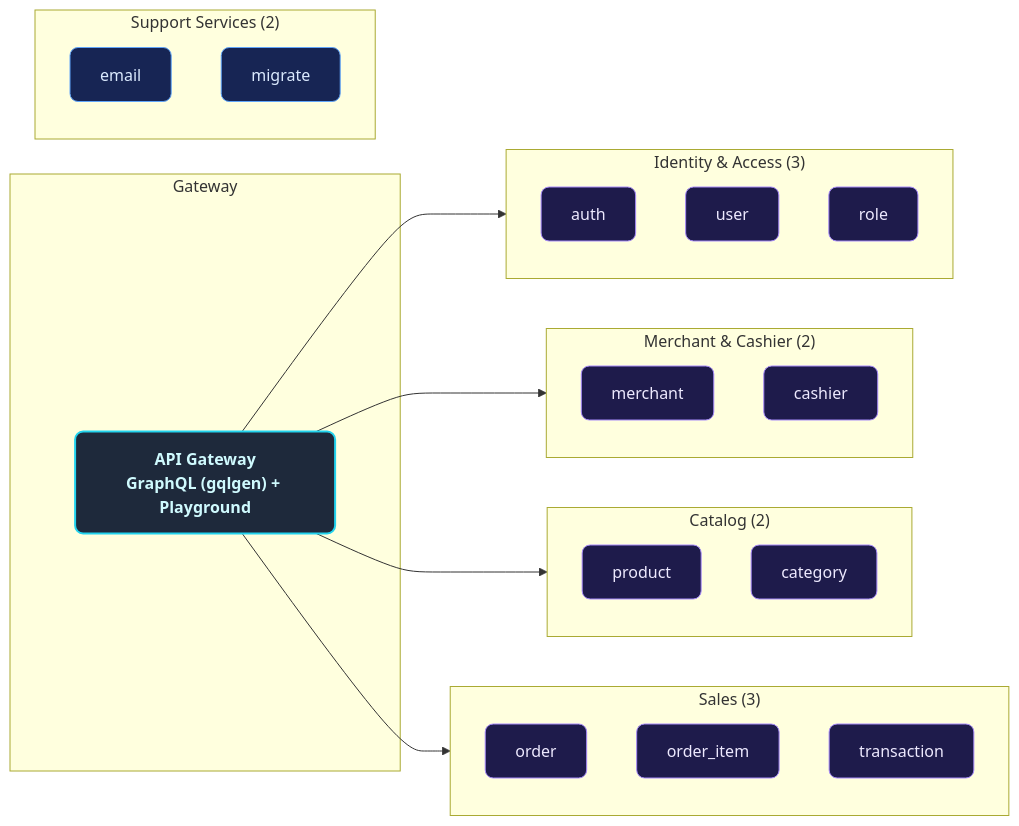
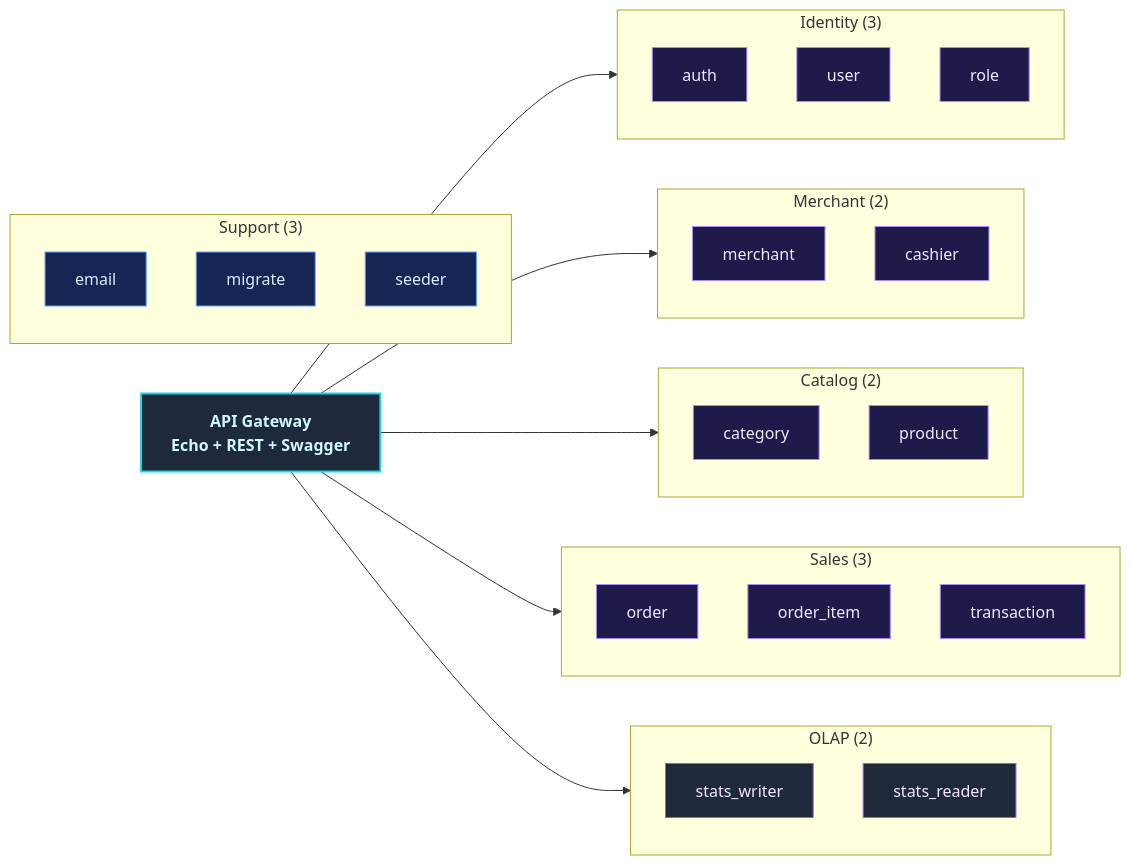
One commit to MamangRust/microservice-pointofsale-gorm-graphql changed the second of 13 diagrams in README.md. Above: the diagram before and after it, drawn with Mermaid. The commit also changed other lines of this file and 363 other files, not shown here.

````diff
--- a/README.md
+++ b/README.md
@@ -137,42 +242,48 @@
 ```mermaid
 graph LR
-    classDef svc fill:#1e1b4b,stroke:#a78bfa,color:#ede9fe,stroke-width:1px,rx:8
-    classDef gw fill:#1e293b,stroke:#22d3ee,color:#cffafe,stroke-width:2px,rx:8,font-weight:bold
-    classDef support fill:#172554,stroke:#60a5fa,color:#dbeafe,stroke-width:1px,rx:8
+    classDef svc fill:#1e1b4b,stroke:#a78bfa,color:#ede9fe,stroke-width:1px
+    classDef gw fill:#1e293b,stroke:#22d3ee,color:#cffafe,stroke-width:2px,font-weight:bold
+    classDef support fill:#172554,stroke:#60a5fa,color:#dbeafe,stroke-width:1px
+    classDef olap fill:#1e293b,stroke:#a855f7,color:#f3e8ff,stroke-width:1px
 
-    subgraph Gateway
-        API["API Gateway<br/>GraphQL (gqlgen) + Playground"]:::gw
-    end
+    API["API Gateway<br/>Echo + REST + Swagger"]:::gw
 
-    subgraph Identity["Identity & Access (3)"]
+    subgraph Identity["Identity (3)"]
         A1["auth"]:::svc
         A2["user"]:::svc
         A3["role"]:::svc
     end
 
-    subgraph Merchant["Merchant & Cashier (2)"]
+    subgraph Merchant["Merchant (2)"]
         M1["merchant"]:::svc
         M2["cashier"]:::svc
     end
 
     subgraph Catalog["Catalog (2)"]
-        C1["product"]:::svc
-        C2["category"]:::svc
+        C1["category"]:::svc
+        C2["product"]:::svc
     end
 
     subgraph Sales["Sales (3)"]
-        O1["order"]:::svc
-        O2["order_item"]:::svc
-        O3["transaction"]:::svc
+        S1["order"]:::svc
+        S2["order_item"]:::svc
+        S3["transaction"]:::svc
     end
 
-    subgraph Support["Support Services (2)"]
-        S1["email"]:::support
-        S2["migrate"]:::support
+    subgraph OLAP["OLAP (2)"]
+        O1["stats_writer"]:::olap
+        O2["stats_reader"]:::olap
+    end
+
+    subgraph Support["Support (3)"]
+        T1["email"]:::support
+        T2["migrate"]:::support
+        T3["seeder"]:::support
     end
 
     API --> Identity
     API --> Merchant
     API --> Catalog
     API --> Sales
+    API --> OLAP
 ```
````
